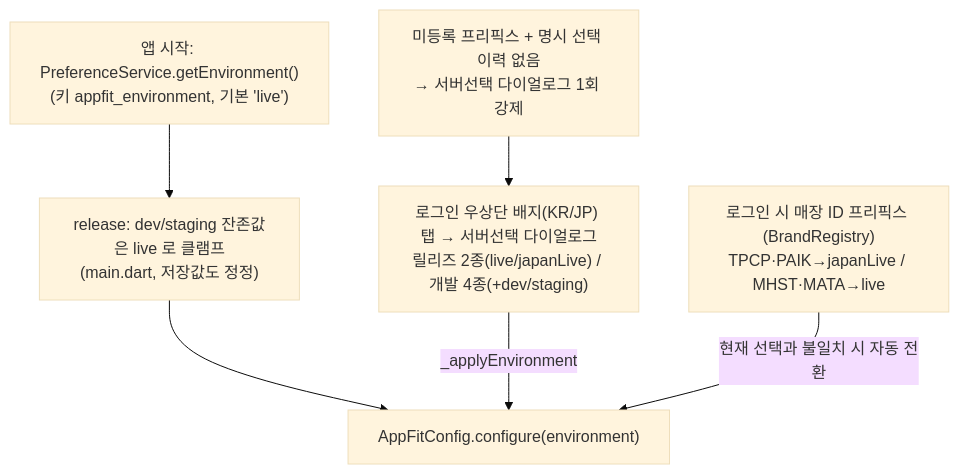
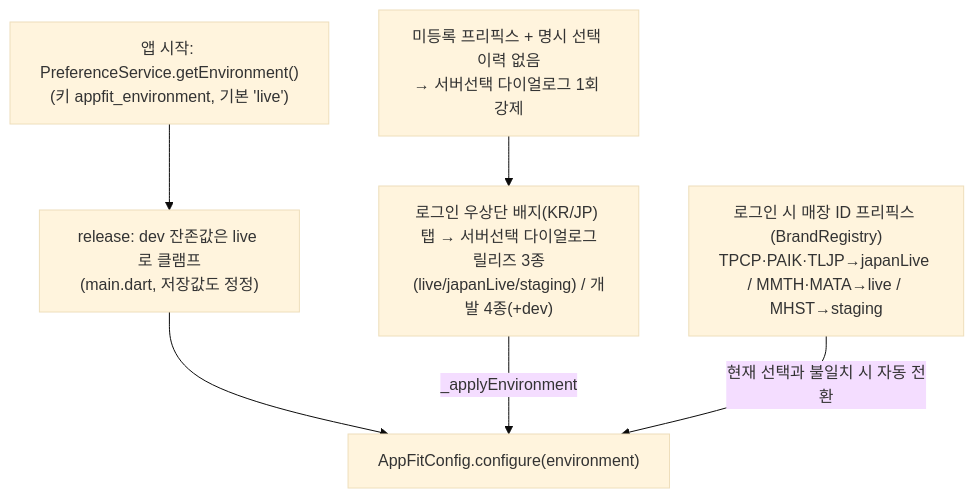
The first of 2 diagrams in docs/BUILD_VARIANTS.md (waldlustpos/appfit_order_agent), drawn with Mermaid (base theme) before and after one commit. The commit also changed other lines of this file and 9 other files, not shown here.

First line of the commit message:
docs(release): 2-티어 아티팩트 모델 반영(Phase D+E) + add-brand.md 버그 수정

````diff
--- a/docs/BUILD_VARIANTS.md
+++ b/docs/BUILD_VARIANTS.md
@@ -15,14 +40,14 @@
 ```mermaid
 flowchart TD
     START["앱 시작: PreferenceService.getEnvironment()<br/>(키 appfit_environment, 기본 'live')"]
-    CLAMP["release: dev/staging 잔존값은 live 로 클램프<br/>(main.dart, 저장값도 정정)"]
+    CLAMP["release: dev 잔존값은 live 로 클램프<br/>(main.dart, 저장값도 정정)"]
     CONF["AppFitConfig.configure(environment)"]
-    BADGE["로그인 우상단 배지(KR/JP) 탭 → 서버선택 다이얼로그<br/>릴리즈 2종(live/japanLive) / 개발 4종(+dev/staging)"]
-    PREFIX["로그인 시 매장 ID 프리픽스 (BrandRegistry)<br/>TPCP·PAIK→japanLive / MHST·MATA→live"]
+    BADGE["로그인 우상단 배지(KR/JP) 탭 → 서버선택 다이얼로그<br/>릴리즈 3종(live/japanLive/staging) / 개발 4종(+dev)"]
+    PREFIX["로그인 시 매장 ID 프리픽스 (BrandRegistry)<br/>TPCP·PAIK·TLJP→japanLive / MMTH·MATA→live / MHST→staging"]
     UNKNOWN["미등록 프리픽스 + 명시 선택 이력 없음<br/>→ 서버선택 다이얼로그 1회 강제"]
 
     START --> CLAMP --> CONF
     BADGE -->|_applyEnvironment| CONF
     PREFIX -->|현재 선택과 불일치 시 자동 전환| CONF
     UNKNOWN --> BADGE
 ```
````
